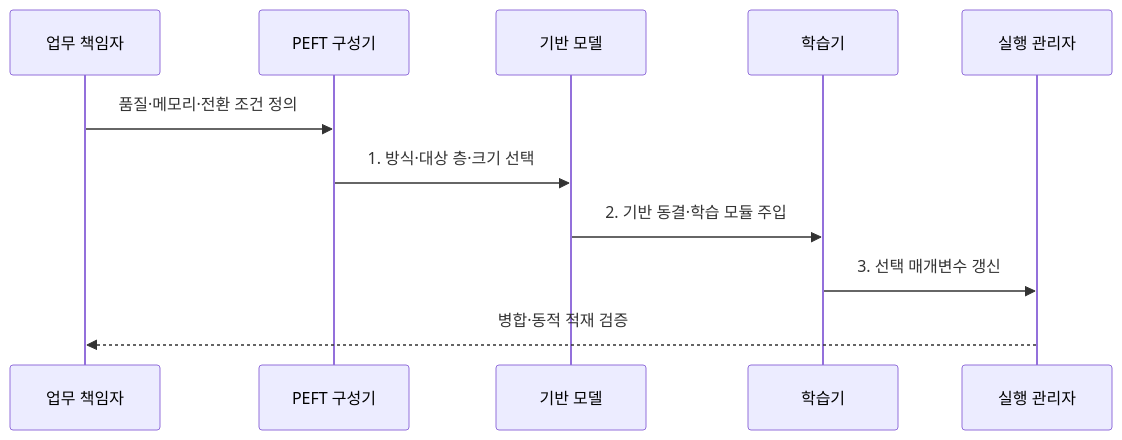
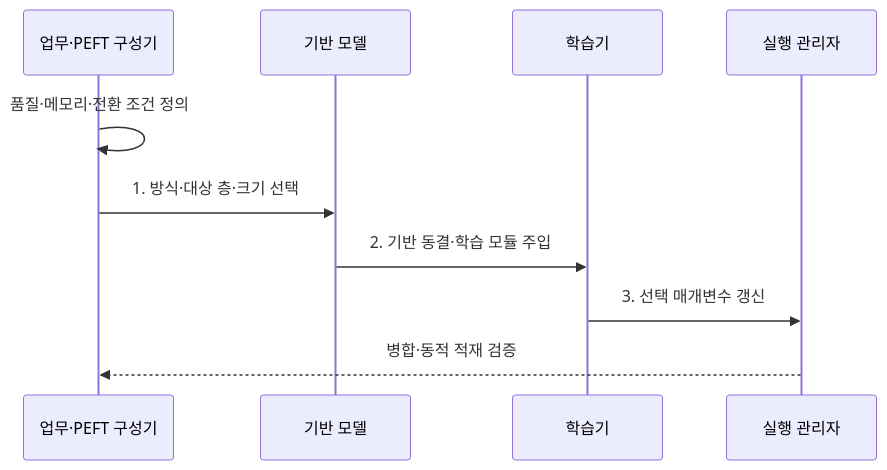
The second of 2 diagrams in src/content/docs/notes/08-latest-tech/061_parameter_efficient_fine_tuning.md (agnusdei1207/knowledge-base), drawn with Mermaid before and after one commit. The commit also changed 9 other files, not shown here.

Commit message:
Reduce AI pipeline flow participants

````diff
--- a/src/content/docs/notes/08-latest-tech/061_parameter_efficient_fine_tuning.md
+++ b/src/content/docs/notes/08-latest-tech/061_parameter_efficient_fine_tuning.md
@@ -98,13 +98,12 @@
 ```mermaid
 sequenceDiagram
-    participant O as 업무 책임자
-    participant C as PEFT 구성기
+    participant C as 업무·PEFT 구성기
     participant B as 기반 모델
     participant T as 학습기
     participant R as 실행 관리자
-    O->>C: 품질·메모리·전환 조건 정의
+    C->>C: 품질·메모리·전환 조건 정의
     C->>B: 1. 방식·대상 층·크기 선택
     B->>T: 2. 기반 동결·학습 모듈 주입
     T->>R: 3. 선택 매개변수 갱신
-    R-->>O: 병합·동적 적재 검증
+    R-->>C: 병합·동적 적재 검증
 ```
````
